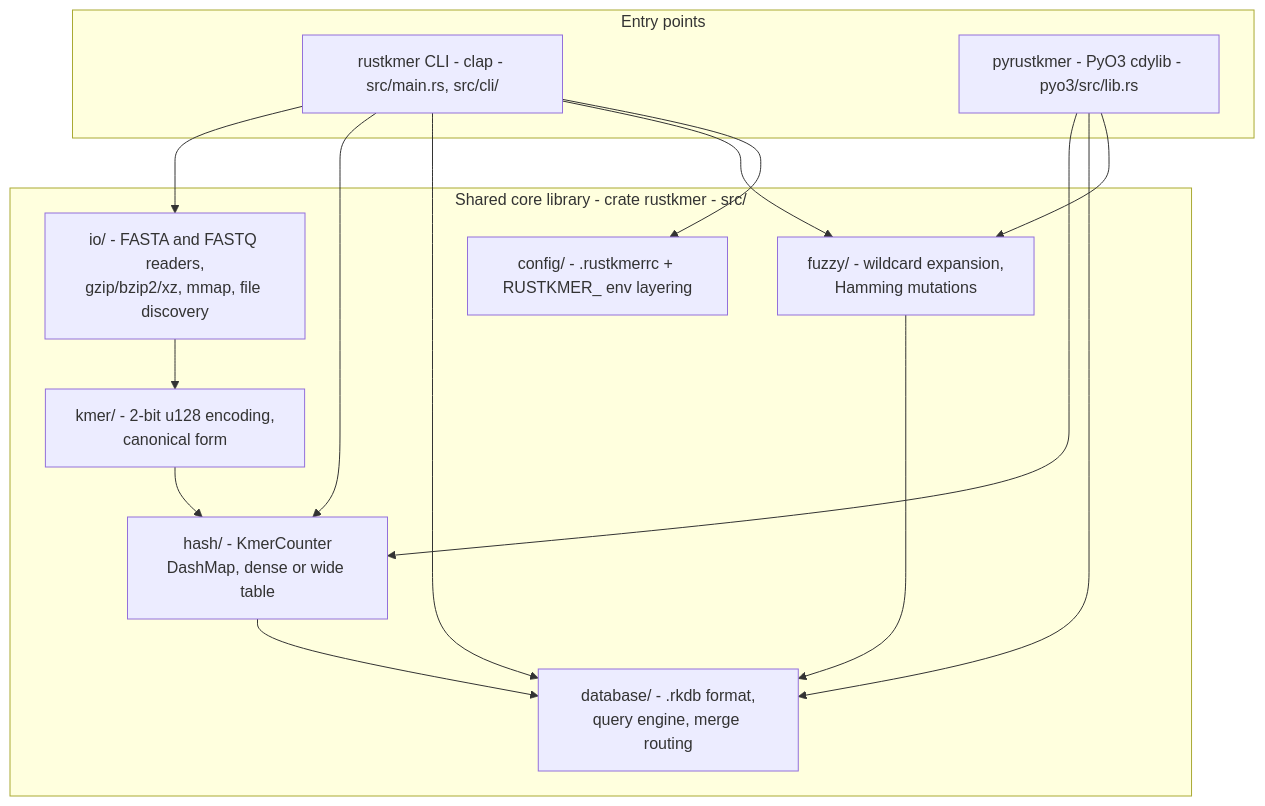
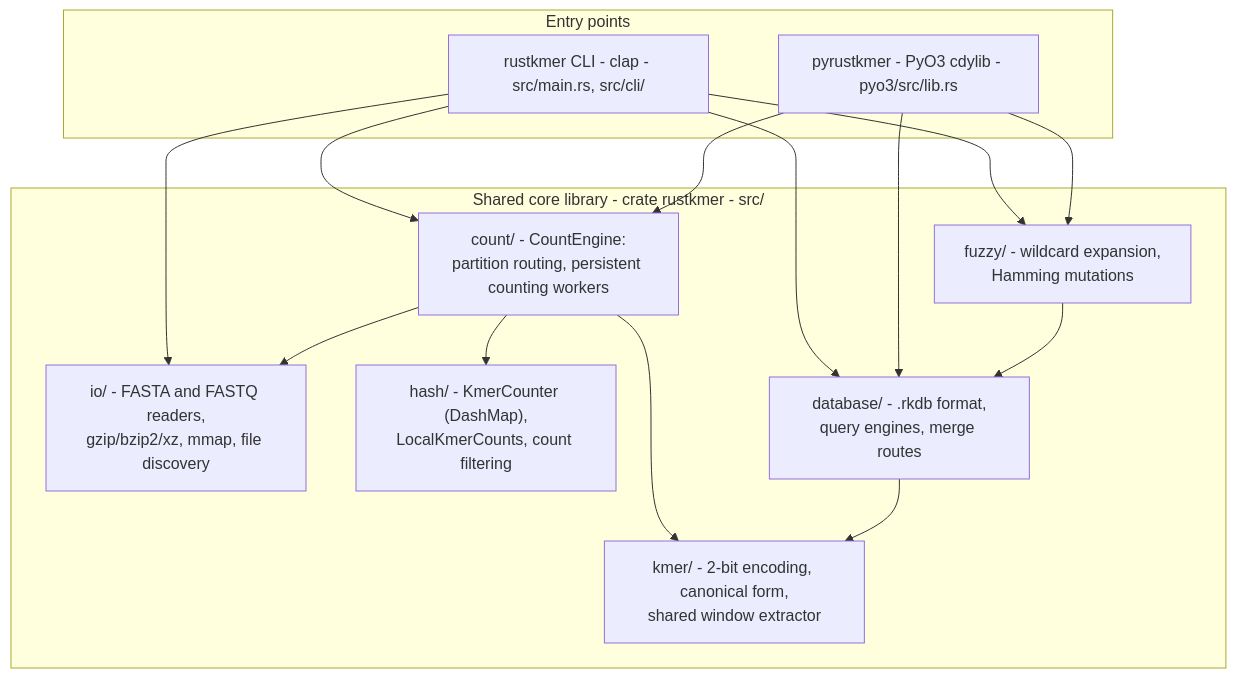
The first of 2 diagrams in docs/architecture/overview.md (zhangtaolab/rustkmer), drawn with Mermaid before and after one commit. The commit also changed other lines of this file and 19 other files, not shown here.

````diff
--- a/docs/architecture/overview.md
+++ b/docs/architecture/overview.md
@@ -15,29 +15,29 @@
 ```mermaid
 graph TD
     subgraph FE["Entry points"]
         CLI["rustkmer CLI - clap - src/main.rs, src/cli/"]
         PY["pyrustkmer - PyO3 cdylib - pyo3/src/lib.rs"]
     end
 
     subgraph CORE["Shared core library - crate rustkmer - src/"]
+        COUNT["count/ - CountEngine:<br/>partition routing, persistent counting workers"]
         IO["io/ - FASTA and FASTQ readers,<br/>gzip/bzip2/xz, mmap, file discovery"]
-        KMER["kmer/ - 2-bit u128 encoding,<br/>canonical form"]
-        HASH["hash/ - KmerCounter<br/>DashMap, dense or wide table"]
-        DB["database/ - .rkdb format,<br/>query engine, merge routing"]
+        KMER["kmer/ - 2-bit encoding, canonical form,<br/>shared window extractor"]
+        HASH["hash/ - KmerCounter (DashMap),<br/>LocalKmerCounts, count filtering"]
+        DB["database/ - .rkdb format,<br/>query engines, merge routes"]
         FUZZY["fuzzy/ - wildcard expansion,<br/>Hamming mutations"]
-        CFG["config/ - .rustkmerrc + RUSTKMER_ env layering"]
     end
 
-    CLI --> IO
-    CLI --> HASH
+    CLI --> COUNT
     CLI --> DB
     CLI --> FUZZY
-    CLI --> CFG
-    PY --> HASH
+    CLI --> IO
+    PY --> COUNT
     PY --> DB
     PY --> FUZZY
-    IO --> KMER
-    KMER --> HASH
-    HASH --> DB
+    COUNT --> KMER
+    COUNT --> IO
+    COUNT --> HASH
     FUZZY --> DB
+    DB --> KMER
 ```
````
